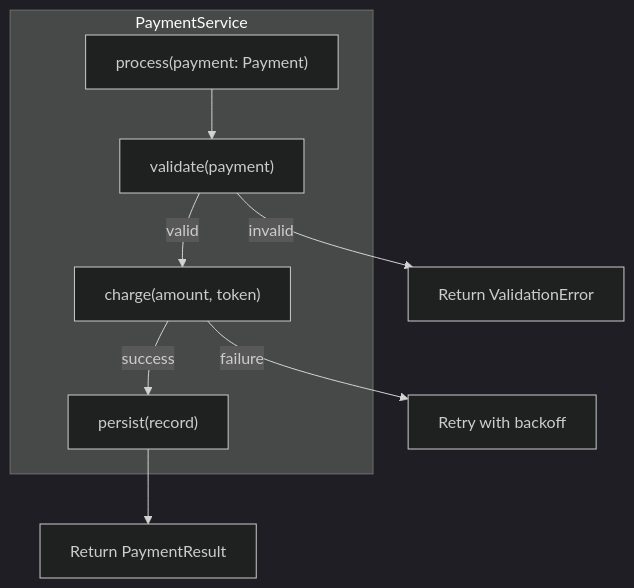
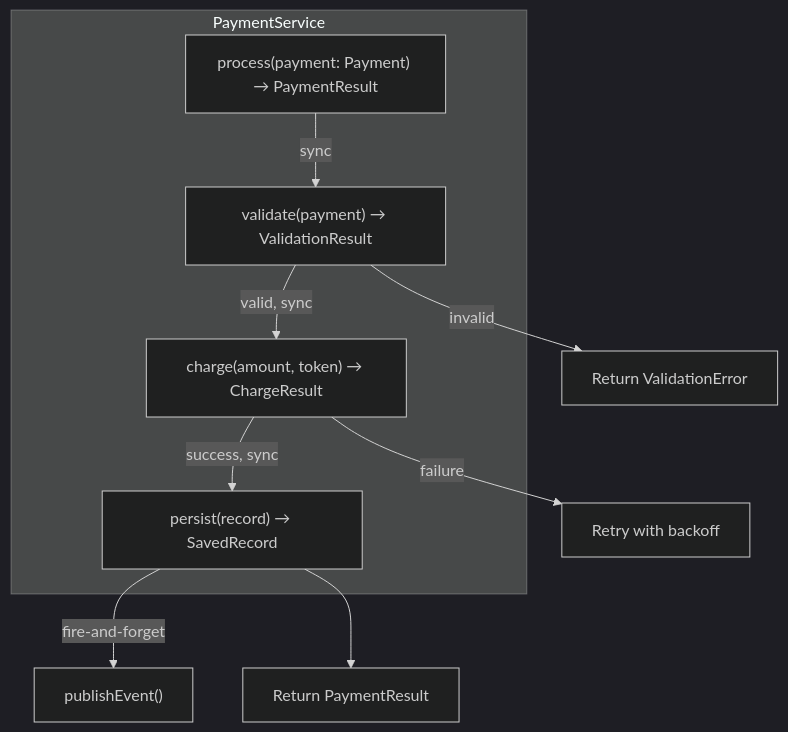
One commit to huya-an/claude-plugin--doc-gen changed the fourth of 5 diagrams in skills/doc-c4/SKILL.md. Above: the diagram before and after it, drawn with Mermaid (dark theme). The commit also changed other lines of this file, not shown here.

First line of the commit message:
Improve doc-c4 skill with diagram limits, mandatory lenses, and architectural analysis

````diff
--- a/skills/doc-c4/SKILL.md
+++ b/skills/doc-c4/SKILL.md
@@ -214,16 +258,17 @@
 ```mermaid
 flowchart TD
     subgraph PaymentService
-        process["process(payment: Payment)"]
-        validate["validate(payment)"]
-        charge["charge(amount, token)"]
-        persist["persist(record)"]
+        process["process(payment: Payment) → PaymentResult"]
+        validate["validate(payment) → ValidationResult"]
+        charge["charge(amount, token) → ChargeResult"]
+        persist["persist(record) → SavedRecord"]
     end
 
-    process --> validate
-    validate -->|valid| charge
-    validate -->|invalid| error["Return ValidationError"]
-    charge -->|success| persist
-    charge -->|failure| retry["Retry with backoff"]
+    process -->|"sync"| validate
+    validate -->|"valid, sync"| charge
+    validate -->|"invalid"| error["Return ValidationError"]
+    charge -->|"success, sync"| persist
+    charge -->|"failure"| retry["Retry with backoff"]
+    persist -->|"fire-and-forget"| notify["publishEvent()"]
     persist --> ok["Return PaymentResult"]
 ```
````
